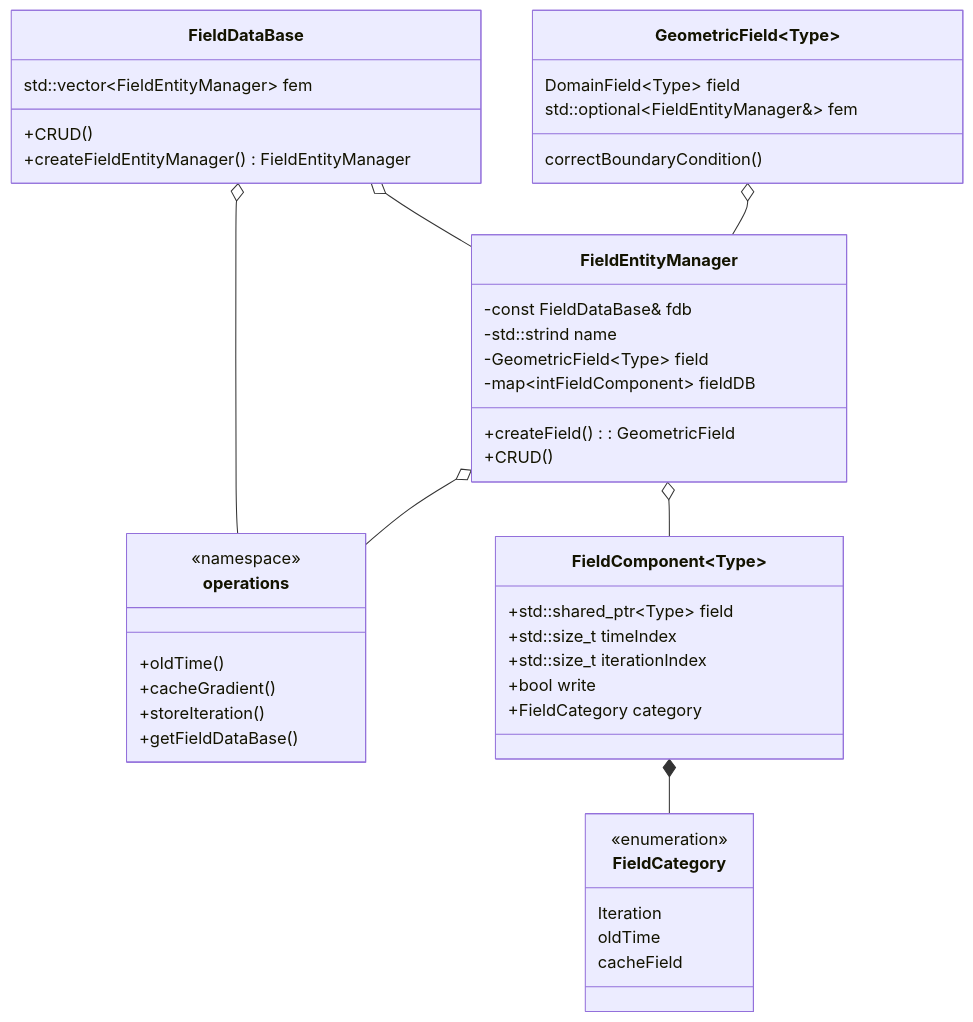
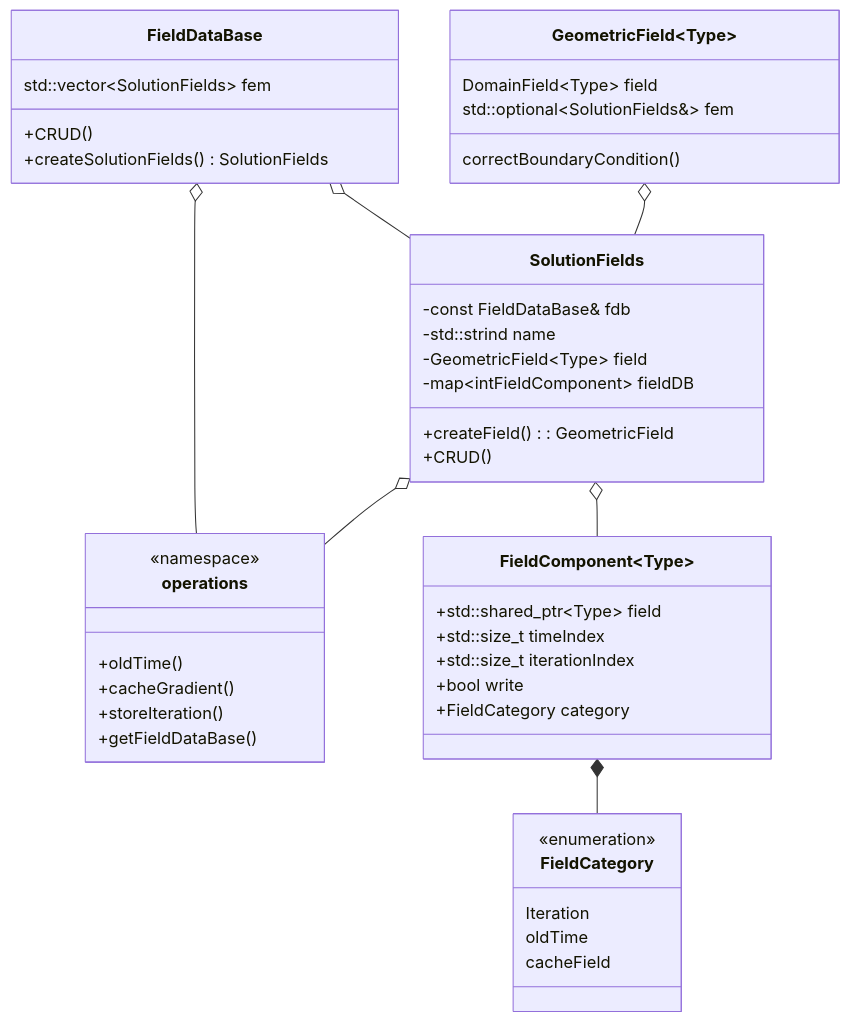
Before and after one commit to exasim-project/NeoFOAM: the diagram in doc/finiteVolume/cellCentred/fieldDataBase.rst, drawn with Mermaid. The commit also changed other lines of this file and 4 other files, not shown here.

Commit message:
renamed fieldEntityManger to SolutionsFields

```diff
--- a/doc/finiteVolume/cellCentred/fieldDataBase.rst
+++ b/doc/finiteVolume/cellCentred/fieldDataBase.rst
@@ -27,49 +27,49 @@
 .. mermaid::
 
     classDiagram
         class operations{
             <<namespace>>
             +oldTime()
             +cacheGradient()
             +storeIteration()
             +getFieldDataBase()
         }
         class FieldDataBase{
-            std::vector~FieldEntityManager~ fem
+            std::vector~SolutionFields~ fem
             +CRUD()
-            +createFieldEntityManager() FieldEntityManager
+            +createSolutionFields() SolutionFields
 
         }
-        class FieldEntityManager{
+        class SolutionFields{
             -const FieldDataBase& fdb
             -std::strind name
             -GeometricField~Type~ field
             -map~intFieldComponent~ fieldDB
             +createField(): GeometricField
             +CRUD()
         }
         class GeometricField~Type~{
             DomainField~Type~ field
             correctBoundaryCondition()
-            std::optional~FieldEntityManager&~ fem
+            std::optional~SolutionFields&~ fem
         }
         class FieldCategory{
             <<enumeration>>
             Iteration
             oldTime
             cacheField
         }
         class FieldComponent~Type~{
             +std::shared_ptr~Type~ field
             +std::size_t timeIndex
             +std::size_t iterationIndex
             +bool write
             +FieldCategory category
         }
 
         FieldDataBase o-- operations
-        FieldEntityManager o-- operations
-        FieldDataBase o-- FieldEntityManager
-        GeometricField o-- FieldEntityManager
-        FieldEntityManager o-- FieldComponent
+        SolutionFields o-- operations
+        FieldDataBase o-- SolutionFields
+        GeometricField o-- SolutionFields
+        SolutionFields o-- FieldComponent
         FieldComponent *-- FieldCategory
```
